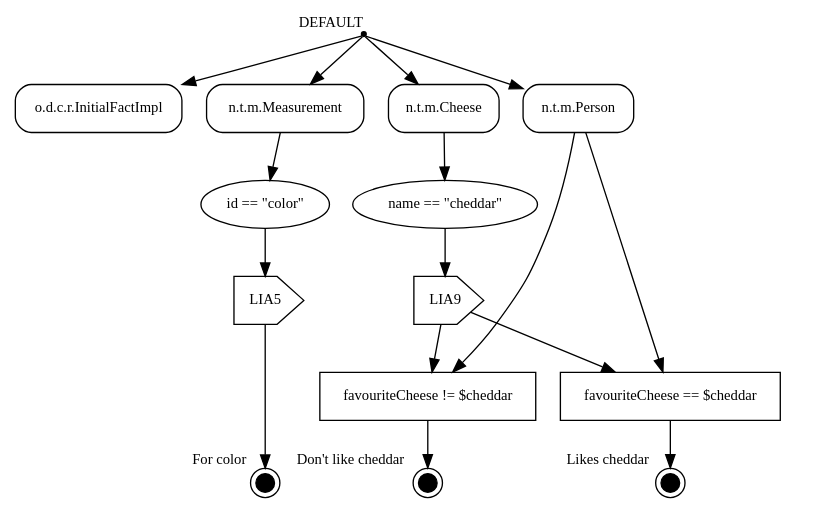
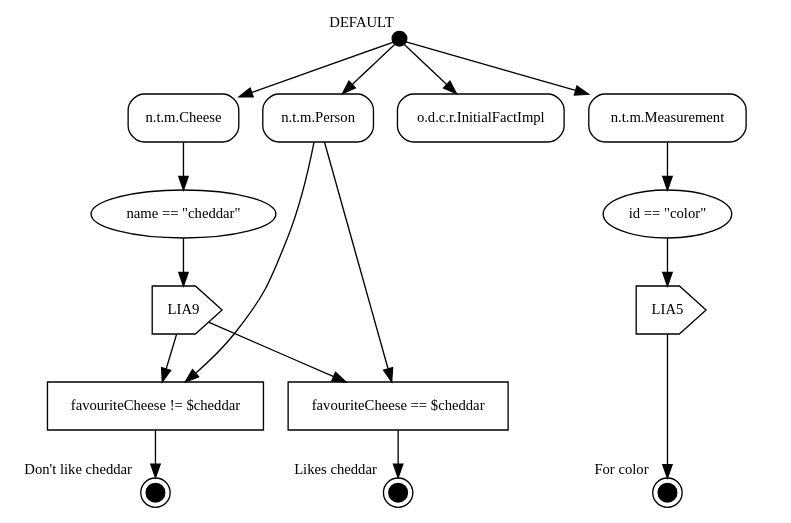
Before and after one commit to apache/incubator-kie-drools: the diagram in test.gv, drawn with Graphviz. The commit also changed 3 other files, not shown here.

```diff
--- a/test.gv
+++ b/test.gv
@@ -1,61 +1,44 @@
 digraph g {
- graph [fontname = "Overpass" fontsize=11];
+graph [fontname = "Overpass" fontsize=11];
  node [fontname = "Overpass" fontsize=11];
  edge [fontname = "Overpass" fontsize=11];
 
-
-
-EP1 [shape=point xlabel="DEFAULT"] ;
-
+EP1 [shape=circle width=0.15 fillcolor=black style=filled label="" xlabel="DEFAULT"] ;
+OTN7 [shape=rect style=rounded label="n.t.m.Cheese"] ;
 OTN2 [shape=rect style=rounded label="o.d.c.r.InitialFactImpl"] ;
+OTN10 [shape=rect style=rounded label="n.t.m.Person"] ;
 OTN3 [shape=rect style=rounded label="n.t.m.Measurement"] ;
-OTN7 [shape=rect style=rounded label="n.t.m.Cheese"] ;
-OTN10 [shape=rect style=rounded label="n.t.m.Person"] ;
-
+AN8 [label="name == \"cheddar\""] ;
 AN4 [label="id == \"color\""] ;
-AN8 [label="name == \"cheddar\""] ;
-
+LIA9 [shape=house orientation=-90] ;
 LIA5 [shape=house orientation=-90] ;
-LIA9 [shape=house orientation=-90] ;
-
-BN11 [shape=box label="favouriteCheese == $cheddar"] ;
-BN13 [shape=box label="favouriteCheese != $cheddar"] ;
-
-
-RTN6 [shape=doublecircle width=0.2 fillcolor=black style=filled label="" xlabel="For color"] ;
-RTN12 [shape=doublecircle width=0.2 fillcolor=black style=filled label="" xlabel="Likes cheddar"] ;
-RTN14 [shape=doublecircle width=0.2 fillcolor=black style=filled label="" xlabel="Don't like cheddar"] ;
+BN11 [shape=box label="favouriteCheese == $cheddar" href="http://drools.org"] ;
+BN13 [shape=box label="favouriteCheese != $cheddar" href="http://drools.org"] ;
+RTN12 [shape=doublecircle width=0.2 fillcolor=black style=filled label="" xlabel="Likes cheddar" href="http://drools.org"] ;
+RTN14 [shape=doublecircle width=0.2 fillcolor=black style=filled label="" xlabel="Don't like cheddar" href="http://drools.org"] ;
+RTN6 [shape=doublecircle width=0.2 fillcolor=black style=filled label="" xlabel="For color" href="http://drools.org"] ;
 
 EP1 -> OTN7 ;
- OTN7 -> AN8 ;
-  
-  AN8 -> LIA9 ;
-   
-   LIA9 -> BN11 ;
-    
-    BN11 -> RTN12 ;
-     
-   LIA9 -> BN13 ;
-    
-    BN13 -> RTN14 ;
-     
+OTN7 -> AN8 ;
+AN8 -> LIA9 ;
+LIA9 -> BN11 ;
+BN11 -> RTN12 ;
+LIA9 -> BN13 ;
+BN13 -> RTN14 ;
 EP1 -> OTN2 ;
 EP1 -> OTN10 ;
- OTN10 -> BN11 ;
- OTN10 -> BN13 ;
+OTN10 -> BN11 ;
+OTN10 -> BN13 ;
 EP1 -> OTN3 ;
- OTN3 -> AN4 ;
-  
-  AN4 -> LIA5 ;
-   
-   LIA5 -> RTN6 ;
-    
+OTN3 -> AN4 ;
+AN4 -> LIA5 ;
+LIA5 -> RTN6 ;
 
+ {rank=same; l2[style=invis, shape=point]; AN4; AN8; }
  {rank=same; l3[style=invis, shape=point]; LIA9; LIA5; }
- {rank=same; l2[style=invis, shape=point]; AN4; AN8; }
+ {rank=same; l1[style=invis, shape=point]; OTN2; OTN10; OTN3; OTN7; }
+ {rank=same; l4[style=invis, shape=point]; }
  {rank=same; l5[style=invis, shape=point]; RTN14; RTN12; RTN6; }
- {rank=same; l4[style=invis, shape=point]; }
- {rank=same; l1[style=invis, shape=point]; OTN2; OTN10; OTN3; OTN7; }
  edge[style=invis];
  l1->l2->l3->l4->l5;
 }
```
